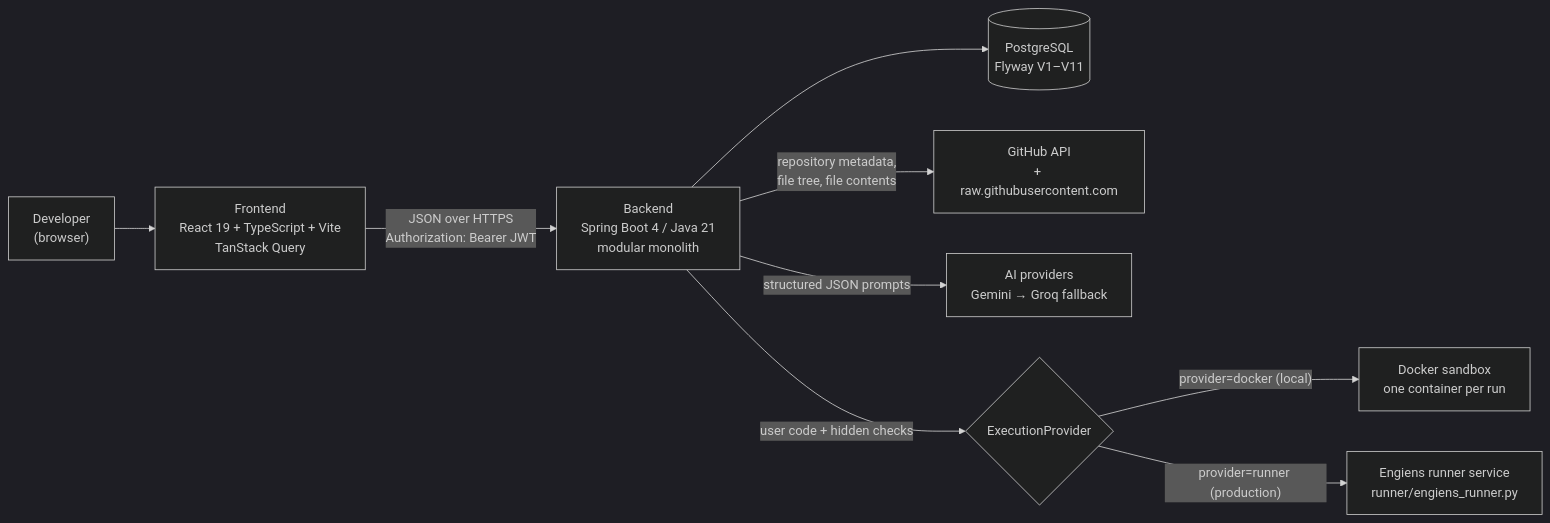
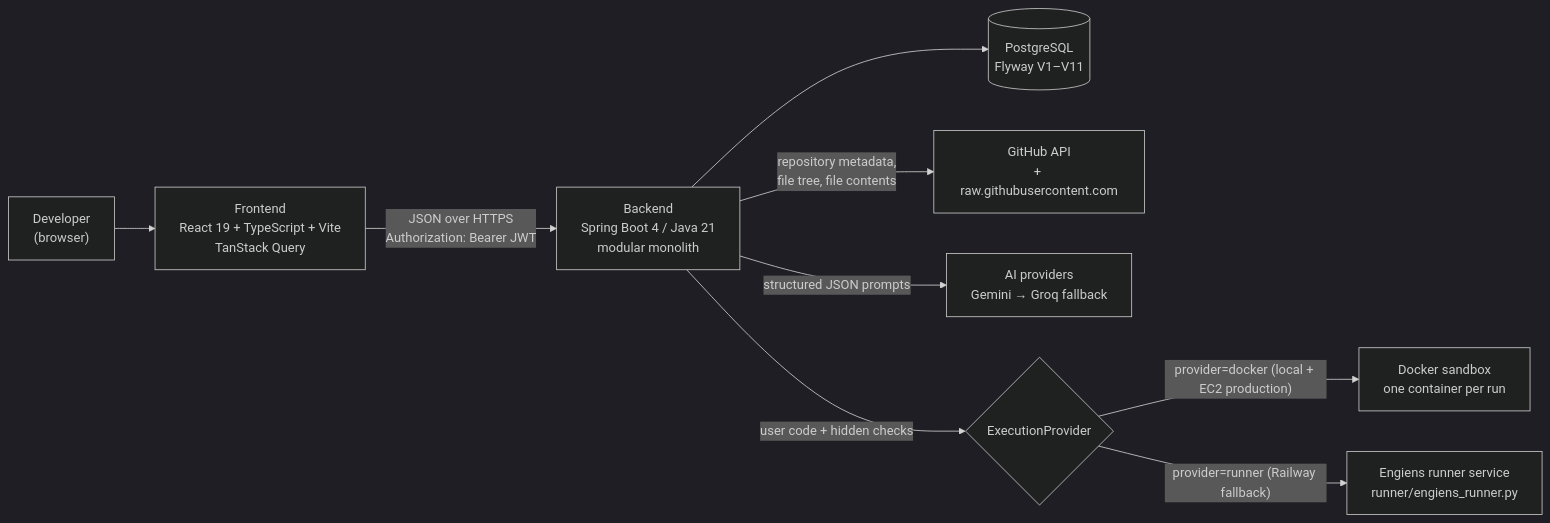
Before and after one commit to Amartya989870xxxx/Engiens: the first of 8 diagrams in ARCHITECTURE.md, drawn with Mermaid (dark theme). The commit also changed other lines of this file and 2 other files, not shown here.

````diff
--- a/ARCHITECTURE.md
+++ b/ARCHITECTURE.md
@@ -19,11 +19,11 @@
 ```mermaid
 flowchart LR
     U["Developer<br/>(browser)"] --> FE["Frontend<br/>React 19 + TypeScript + Vite<br/>TanStack Query"]
     FE -- "JSON over HTTPS<br/>Authorization: Bearer JWT" --> BE["Backend<br/>Spring Boot 4 / Java 21<br/>modular monolith"]
     BE --> DB[("PostgreSQL<br/>Flyway V1–V11")]
     BE -- "repository metadata,<br/>file tree, file contents" --> GH["GitHub API<br/>+ raw.githubusercontent.com"]
     BE -- "structured JSON prompts" --> AI["AI providers<br/>Gemini → Groq fallback"]
     BE -- "user code + hidden checks" --> EX{"ExecutionProvider"}
-    EX -- "provider=docker (local)" --> DK["Docker sandbox<br/>one container per run"]
-    EX -- "provider=runner (production)" --> RN["Engiens runner service<br/>runner/engiens_runner.py"]
+    EX -- "provider=docker (local + EC2 production)" --> DK["Docker sandbox<br/>one container per run"]
+    EX -- "provider=runner (Railway fallback)" --> RN["Engiens runner service<br/>runner/engiens_runner.py"]
 ```
````
